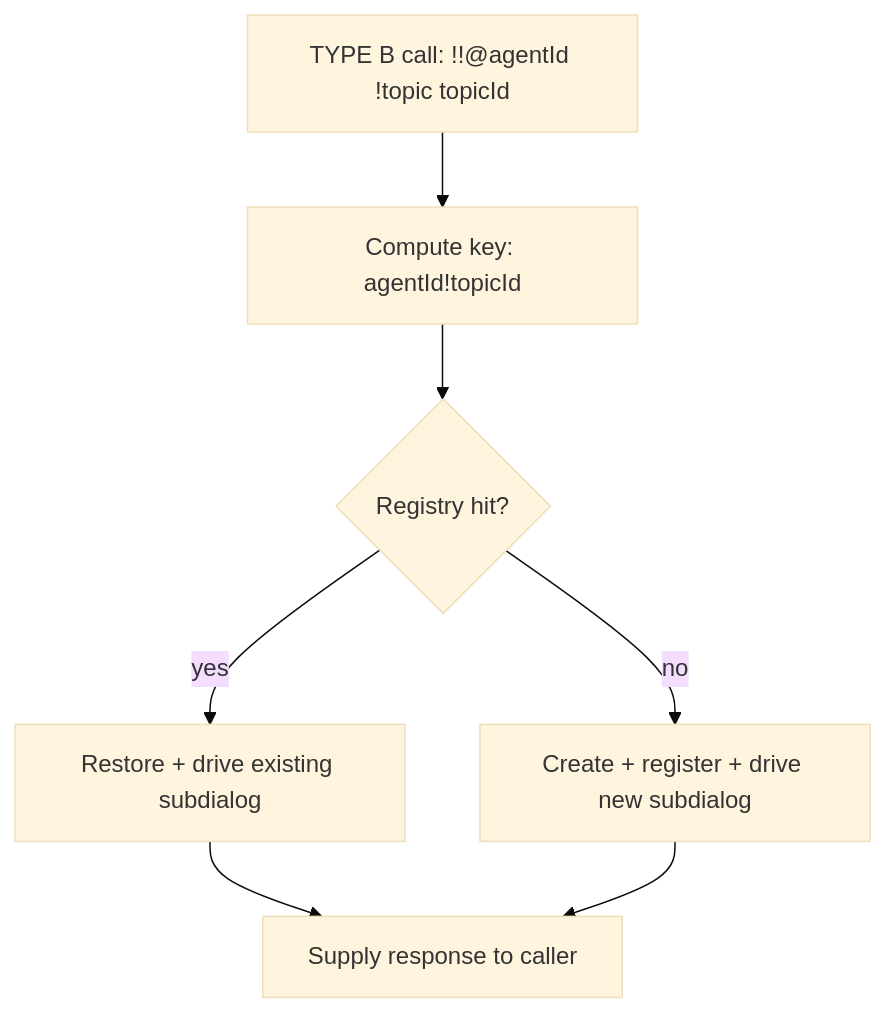
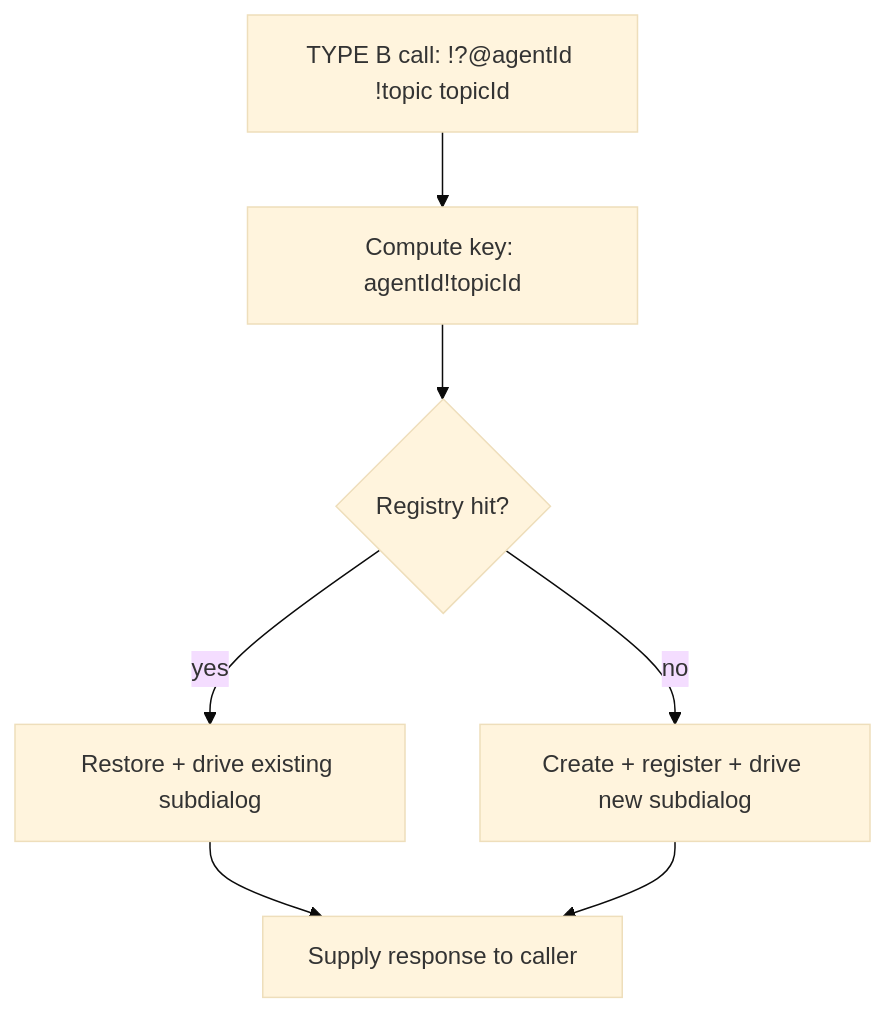
The eighth of 18 diagrams in docs/dialog-system.md (longrun-ai/dominds), drawn with Mermaid (base theme) before and after one commit. The commit also changed other lines of this file and 55 other files, not shown here.

````diff
--- a/docs/dialog-system.md
+++ b/docs/dialog-system.md
@@ -825,9 +816,9 @@
 ```mermaid
 flowchart TD
-  Call[TYPE B call: !!@agentId !topic topicId] --> Key[Compute key: agentId!topicId]
+  Call[TYPE B call: !?@agentId !topic topicId] --> Key[Compute key: agentId!topicId]
   Key --> Lookup{Registry hit?}
   Lookup -- yes --> Resume[Restore + drive existing subdialog]
   Lookup -- no --> Create[Create + register + drive new subdialog]
   Resume --> Supply[Supply response to caller]
   Create --> Supply
 ```
````
